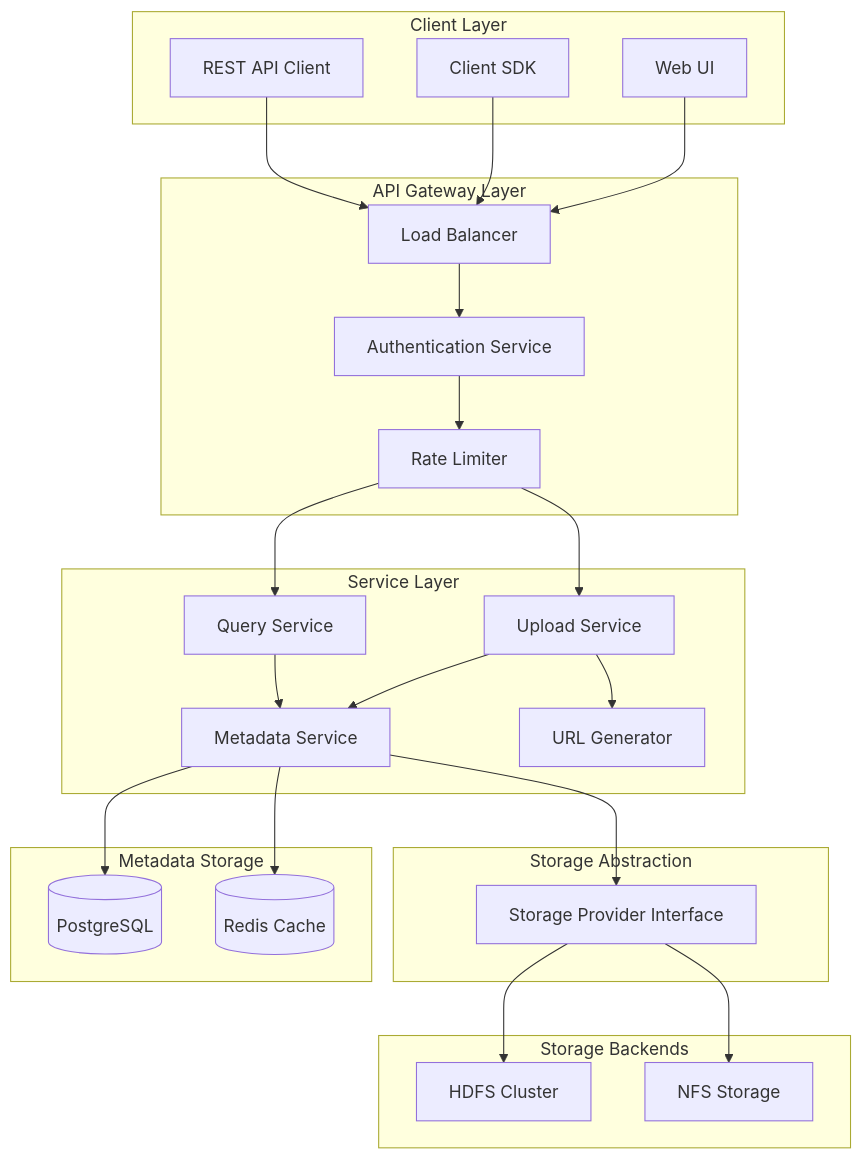
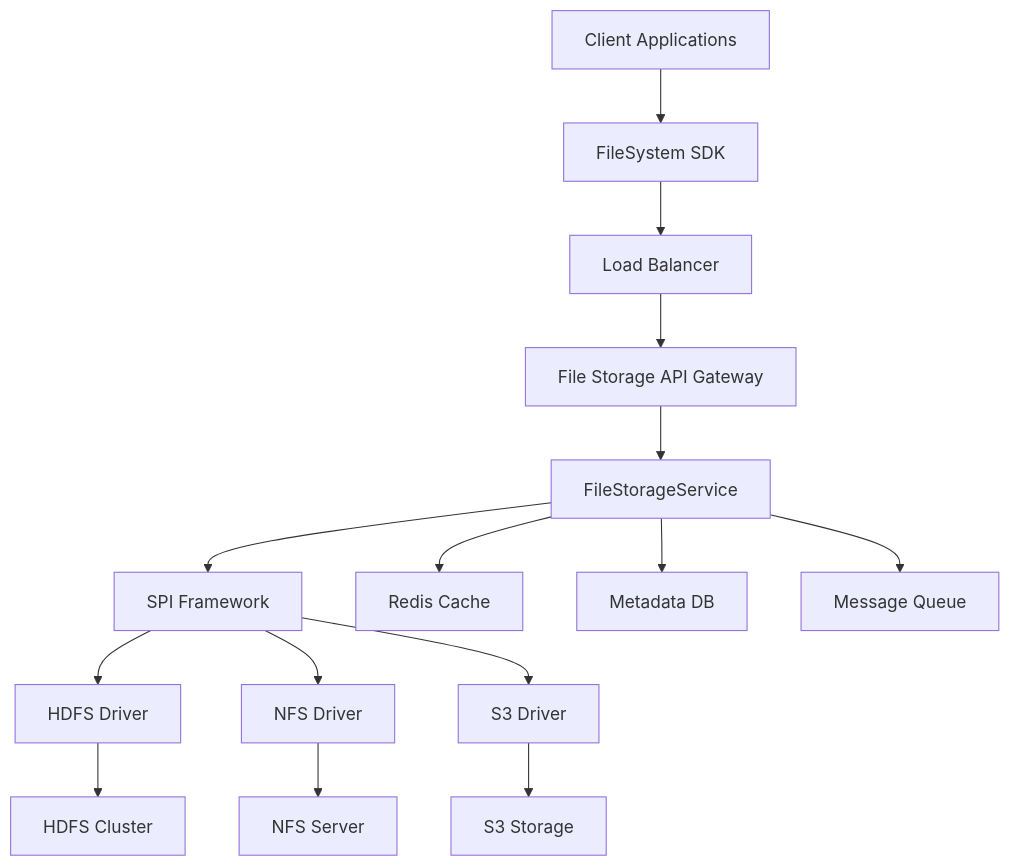
Before and after one commit to shayne007/blog: the first of 8 diagrams in source/_posts/Design-File-Storage-Service.md, drawn with Mermaid. The commit also changed other lines of this file and 1 other file, not shown here.

Commit message:
add message notification

```diff
--- a/source/_posts/Design-File-Storage-Service.md
+++ b/source/_posts/Design-File-Storage-Service.md
@@ -17,54 +22,20 @@
-{% mermaid graph %}
-    subgraph "Client Layer"
-        Web[Web UI]
-        SDK[Client SDK]
-        API[REST API Client]
-    end
+{% mermaid graph TB %}
+    Client[Client Applications] --> SDK[FileSystem SDK]
+    SDK --> LB[Load Balancer]
+    LB --> API[File Storage API Gateway]
     
-    subgraph "API Gateway Layer"
-        LB[Load Balancer]
-        Auth[Authentication Service]
-        Rate[Rate Limiter]
-    end
+    API --> Service[FileStorageService]
+    Service --> SPI[SPI Framework]
     
-    subgraph "Service Layer"
-        Upload[Upload Service]
-        Query[Query Service]
-        Meta[Metadata Service]
-        URL[URL Generator]
-    end
+    SPI --> HDFS[HDFS Driver]
+    SPI --> NFS[NFS Driver]
+    SPI --> S3[S3 Driver]
     
-    subgraph "Storage Abstraction"
-        SPI[Storage Provider Interface]
-    end
+    HDFS --> HDFSCluster[HDFS Cluster]
+    NFS --> NFSServer[NFS Server]
+    S3 --> S3Bucket[S3 Storage]
     
-    subgraph "Storage Backends"
-        HDFS[HDFS Cluster]
-        NFS[NFS Storage]
-    end
-    
-    subgraph "Metadata Storage"
-        DB[(PostgreSQL)]
-        Cache[(Redis Cache)]
-    end
-    
-    Web --> LB
-    SDK --> LB
-    API --> LB
-    
-    LB --> Auth
-    Auth --> Rate
-    Rate --> Upload
-    Rate --> Query
-    
-    Upload --> Meta
-    Query --> Meta
-    Upload --> URL
-    
-    Meta --> SPI
-    SPI --> HDFS
-    SPI --> NFS
-    
-    Meta --> DB
-    Meta --> Cache
+    Service --> Cache[Redis Cache]
+    Service --> DB[Metadata DB]
+    Service --> MQ[Message Queue]
 {% endmermaid %}
```
